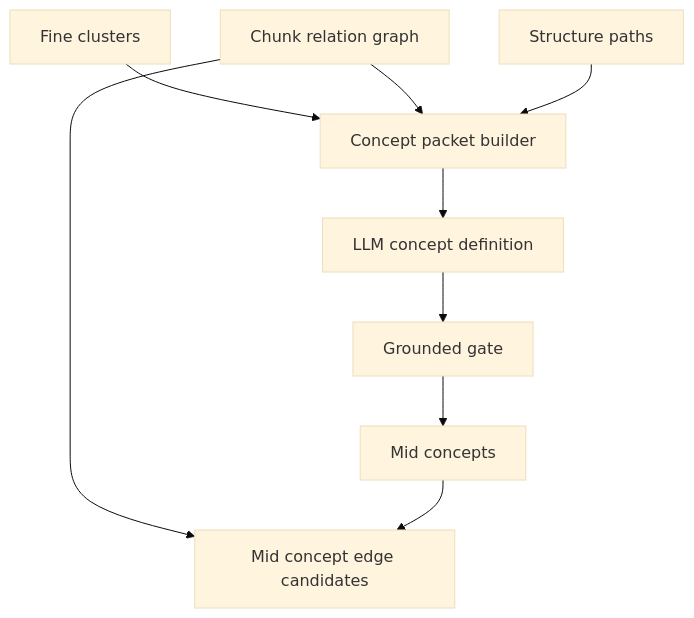
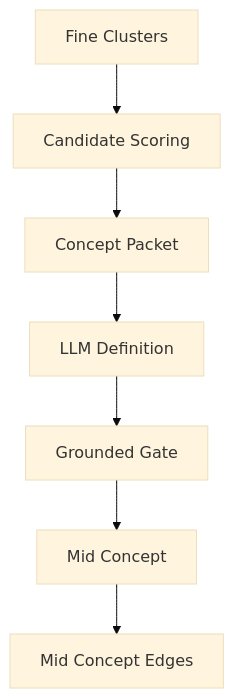
Before and after one commit to Sggggt/SymboGraph: the seventh of 9 diagrams in docs/technical-spec.md, drawn with Mermaid (base theme). The commit also changed other lines of this file, not shown here.

````diff
--- a/docs/technical-spec.md
+++ b/docs/technical-spec.md
@@ -566,11 +1068,9 @@
 ```mermaid
 flowchart TB
-    FC["Fine clusters"] --> PB["Concept packet builder"]
-    RG["Chunk relation graph"] --> PB
-    SG["Structure paths"] --> PB
-    PB --> LLM["LLM concept definition"]
-    LLM --> GG["Grounded gate"]
-    GG --> MC["Mid concepts"]
-    RG --> ME["Mid concept edge candidates"]
-    MC --> ME
+    FC["Fine Clusters"] --> SCORE["Candidate Scoring"]
+    SCORE --> PACK["Concept Packet"]
+    PACK --> LLM["LLM Definition"]
+    LLM --> GATE["Grounded Gate"]
+    GATE --> MC["Mid Concept"]
+    MC --> ME["Mid Concept Edges"]
 ```
````
